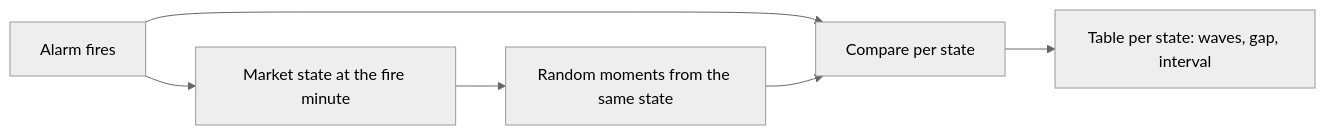
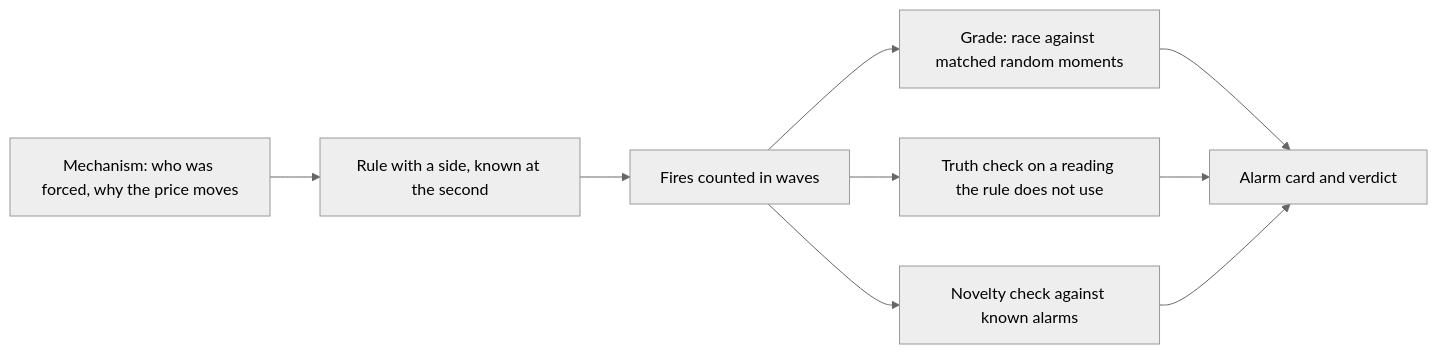
Diagram 14 of 20 in README.md (BorjaTR/Agentic-Trading-Desk), drawn with Mermaid (neutral theme) before and after one commit. The commit also changed other lines of this file and 20 other files, not shown here.

````diff
--- a/README.md
+++ b/README.md
@@ -140,8 +460,11 @@
 ```mermaid
 flowchart LR
-  F["Alarm fires"] --> S["Market state at the fire minute"]
-  S --> R["Random moments from the same state"]
-  F --> CMP["Compare per state"]
-  R --> CMP
-  CMP --> TAB["Table per state: waves, gap, interval"]
+  M["Mechanism: who was forced, why the price moves"] --> R["Rule with a side, known at the second"]
+  R --> F["Fires counted in waves"]
+  F --> G["Grade: race against matched random moments"]
+  F --> T["Truth check on a reading the rule does not use"]
+  F --> N["Novelty check against known alarms"]
+  G --> C["Alarm card and verdict"]
+  T --> C
+  N --> C
 ```
````
